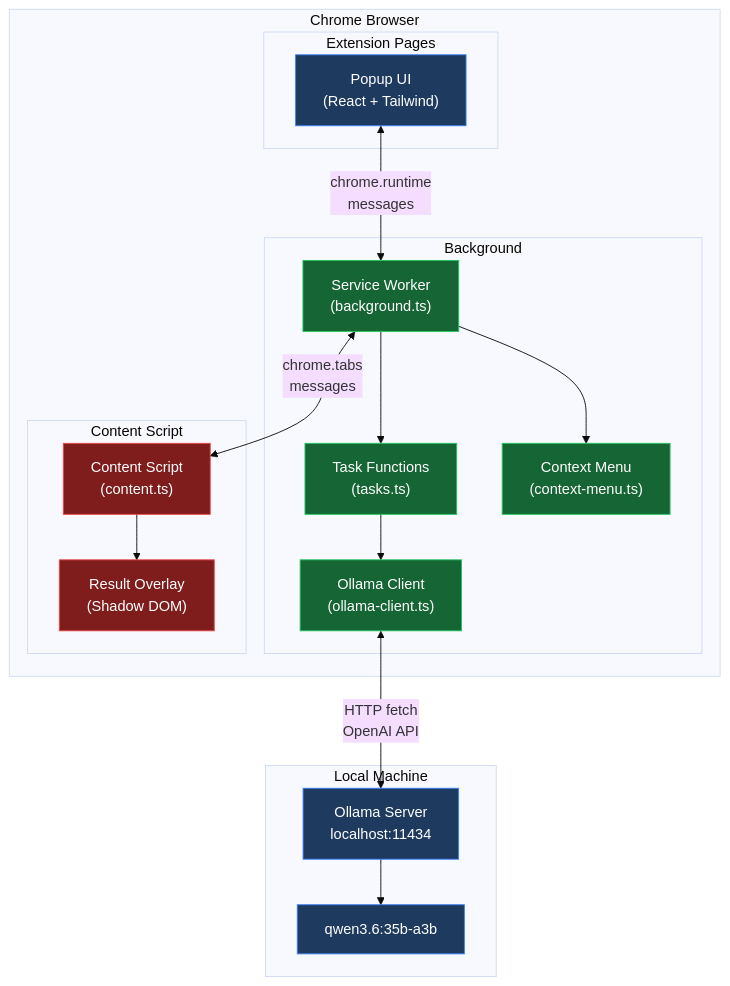
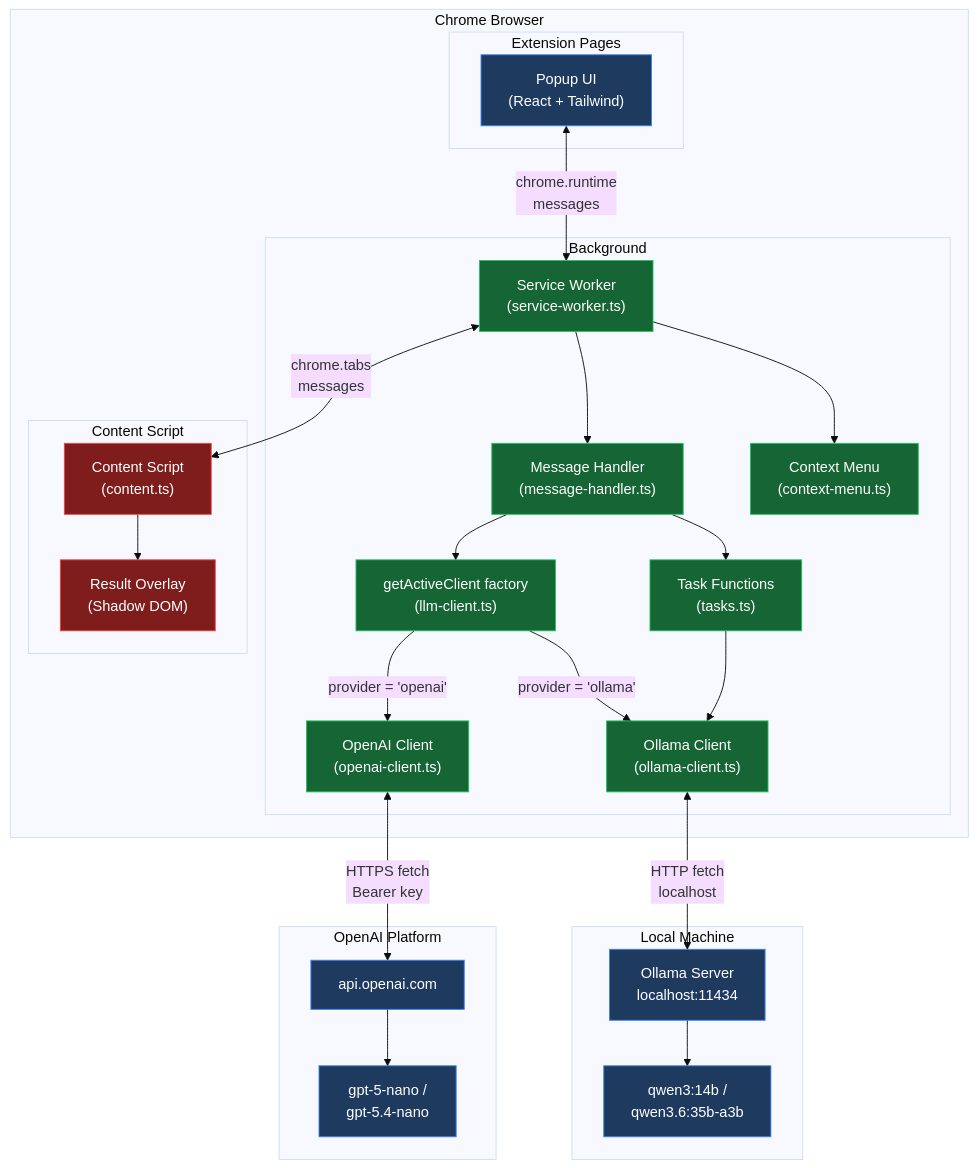
Before and after one commit to lucianhanga/chrome-plugin-ai-correct-translate-reformulate: the first of 7 diagrams in docs/architecture.md, drawn with Mermaid (base theme). The commit also changed other lines of this file and 1 other file, not shown here.

First line of the commit message:
docs: document the OpenAI provider and multi-provider architecture

````diff
--- a/docs/architecture.md
+++ b/docs/architecture.md
@@ -58,42 +76,56 @@
 ```mermaid
 graph TB
     subgraph Browser["Chrome Browser"]
         subgraph ExtPages["Extension Pages"]
             Popup["Popup UI<br/>(React + Tailwind)"]
         end
 
         subgraph BG["Background"]
-            SW["Service Worker<br/>(background.ts)"]
+            SW["Service Worker<br/>(service-worker.ts)"]
+            MsgHandler["Message Handler<br/>(message-handler.ts)"]
+            Factory["getActiveClient factory<br/>(llm-client.ts)"]
             OllamaClient["Ollama Client<br/>(ollama-client.ts)"]
+            OpenAIClient["OpenAI Client<br/>(openai-client.ts)"]
             Tasks["Task Functions<br/>(tasks.ts)"]
             CtxMenu["Context Menu<br/>(context-menu.ts)"]
         end
 
         subgraph CS["Content Script"]
             ContentMain["Content Script<br/>(content.ts)"]
             Overlay["Result Overlay<br/>(Shadow DOM)"]
         end
     end
 
     subgraph Local["Local Machine"]
         Ollama["Ollama Server<br/>localhost:11434"]
-        Model["qwen3.6:35b-a3b"]
+        OllamaModel["qwen3:14b /<br/>qwen3.6:35b-a3b"]
+    end
+
+    subgraph Cloud["OpenAI Platform"]
+        OpenAI["api.openai.com"]
+        OpenAIModel["gpt-5-nano /<br/>gpt-5.4-nano"]
     end
 
     Popup <-->|"chrome.runtime<br/>messages"| SW
     SW <-->|"chrome.tabs<br/>messages"| ContentMain
     ContentMain --> Overlay
     SW --> CtxMenu
-    SW --> Tasks
+    SW --> MsgHandler
+    MsgHandler --> Tasks
+    MsgHandler --> Factory
+    Factory -->|"provider = 'ollama'"| OllamaClient
+    Factory -->|"provider = 'openai'"| OpenAIClient
     Tasks --> OllamaClient
-    OllamaClient <-->|"HTTP fetch<br/>OpenAI API"| Ollama
-    Ollama --> Model
+    OllamaClient <-->|"HTTP fetch<br/>localhost"| Ollama
+    OpenAIClient <-->|"HTTPS fetch<br/>Bearer key"| OpenAI
+    Ollama --> OllamaModel
+    OpenAI --> OpenAIModel
 
     classDef trusted fill:#166534,stroke:#22c55e,color:#fff
     classDef untrusted fill:#7f1d1d,stroke:#ef4444,color:#fff
     classDef neutral fill:#1e3a5f,stroke:#3b82f6,color:#fff
 
-    class SW,OllamaClient,Tasks,CtxMenu trusted
+    class SW,MsgHandler,Factory,OllamaClient,OpenAIClient,Tasks,CtxMenu trusted
     class ContentMain,Overlay untrusted
-    class Popup,Ollama,Model neutral
+    class Popup,Ollama,OllamaModel,OpenAI,OpenAIModel neutral
 ```
````
